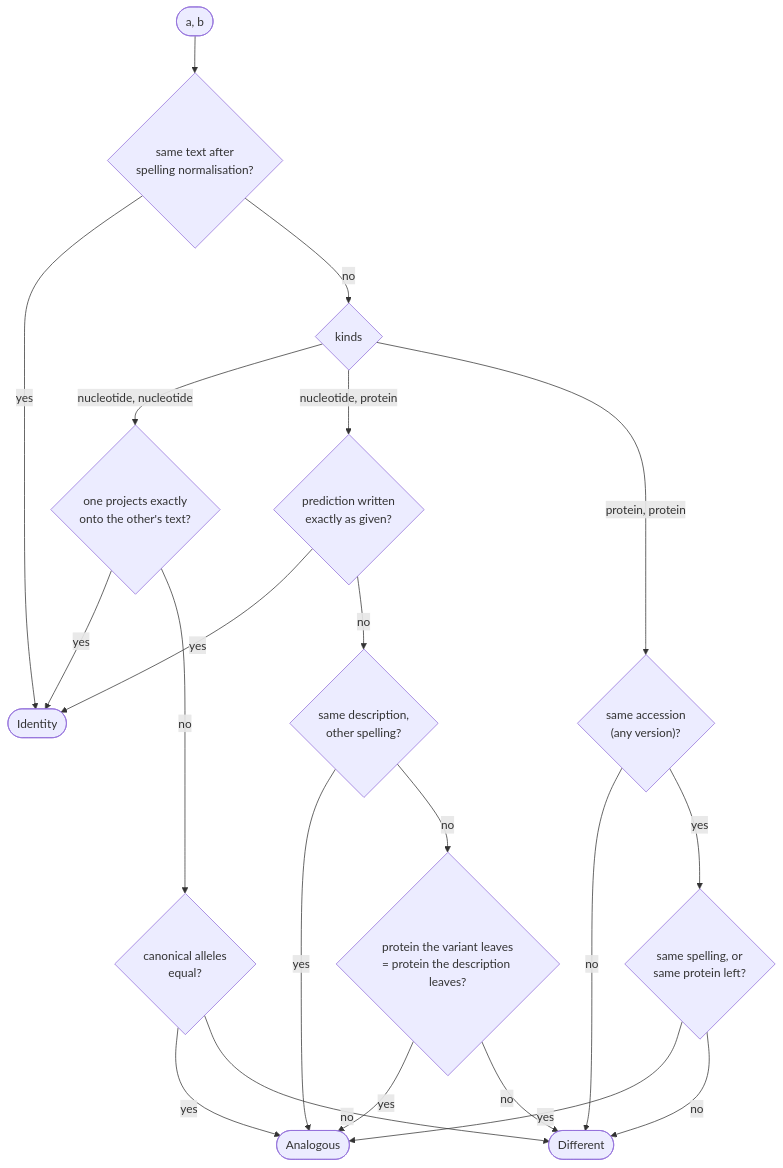
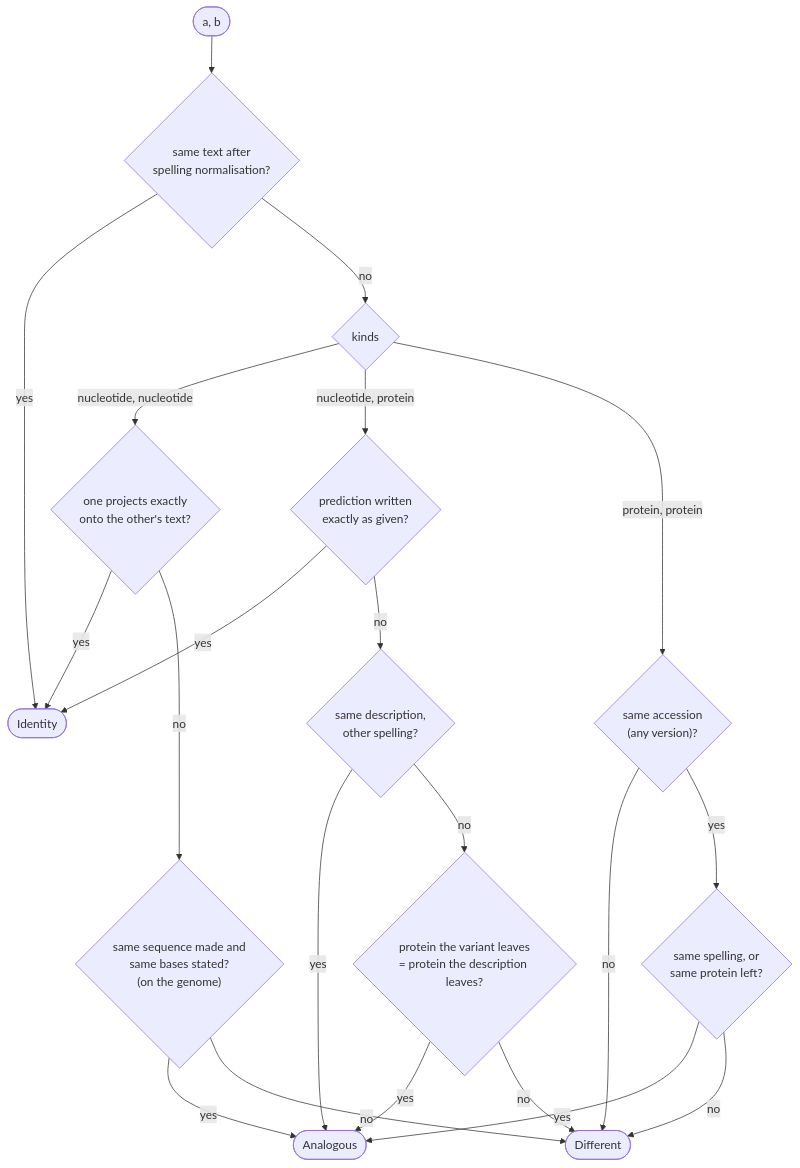
The diagram in docs/source/equivalence_logic.md (populationgenomics/hgvs-weaver), drawn with Mermaid before and after one commit. The commit also changed other lines of this file and 1 other file, not shown here.

First line of the commit message:
choices: a cis allele is the sequence its members make; members may not overlap (#63)

````diff
--- a/docs/source/equivalence_logic.md
+++ b/docs/source/equivalence_logic.md
@@ -25,23 +25,23 @@
 ```mermaid
 flowchart TD
     Start(["a, b"]) --> Text{"same text after<br/>spelling normalisation?"}
     Text -- yes --> Identity([Identity])
     Text -- no --> Kind{kinds}
     Kind -- "nucleotide, nucleotide" --> Proj{"one projects exactly<br/>onto the other's text?"}
     Proj -- yes --> Identity
-    Proj -- no --> Allele{"canonical alleles<br/>equal?"}
+    Proj -- no --> Allele{"same sequence made and<br/>same bases stated?<br/>(on the genome)"}
     Kind -- "nucleotide, protein" --> Pred{"prediction written<br/>exactly as given?"}
     Pred -- yes --> Identity
     Pred -- no --> Spell{"same description,<br/>other spelling?"}
     Spell -- yes --> Analogous([Analogous])
     Spell -- no --> Left{"protein the variant leaves<br/>= protein the description leaves?"}
     Kind -- "protein, protein" --> Base{"same accession<br/>(any version)?"}
     Base -- no --> Different([Different])
     Base -- yes --> Left2{"same spelling, or<br/>same protein left?"}
     Allele -- yes --> Analogous
     Allele -- no --> Different
     Left -- yes --> Analogous
     Left -- no --> Different
     Left2 -- yes --> Analogous
     Left2 -- no --> Different
 ```
````
